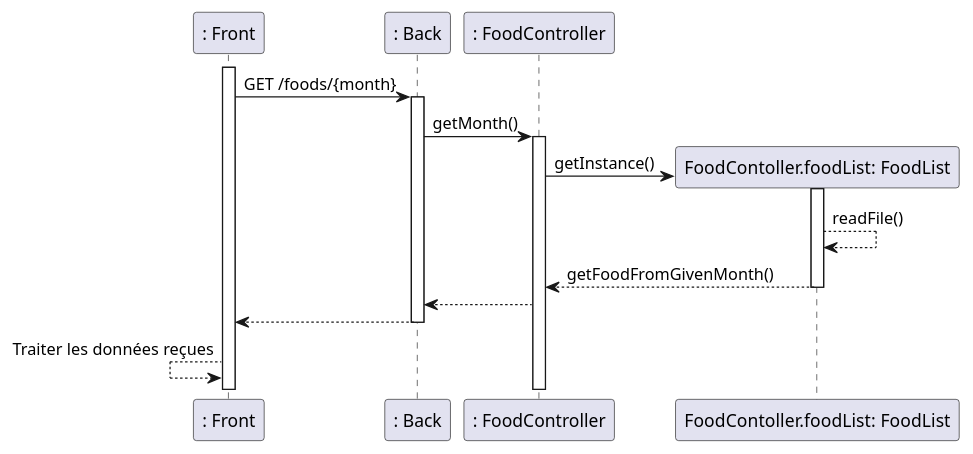
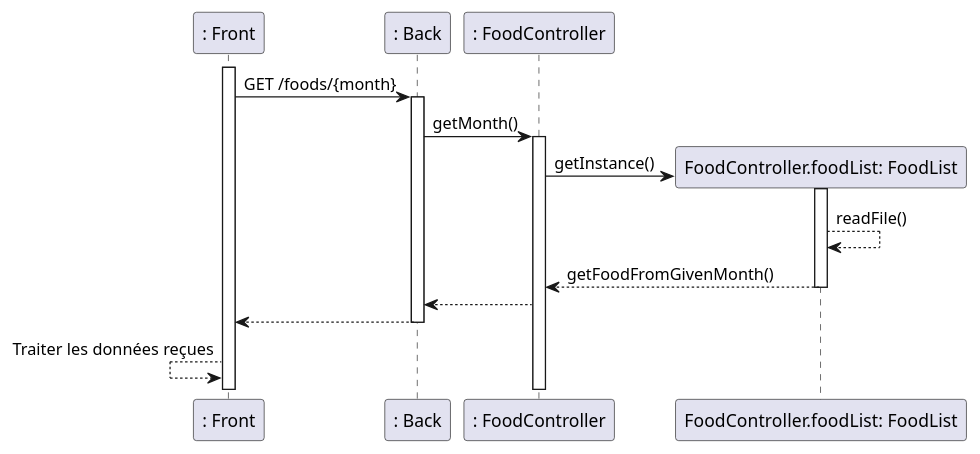
One commit to romainvacheret/wadge-backend changed the diagram in docs/diagram/sequence/monthFilter.puml. Above: the diagram before and after it, drawn with PlantUML. The commit also changed 2 other files, not shown here.

```diff
--- a/docs/diagram/sequence/monthFilter.puml
+++ b/docs/diagram/sequence/monthFilter.puml
@@ -1,22 +1,22 @@
 @startuml Month filter
 participant ": Front" as ft
 participant ": Back" as bk
 participant ": FoodController" as fc
 
 activate ft
 ft -> bk: GET /foods/{month}
 activate bk
 bk -> fc: getMonth()
 activate fc
-create "FoodContoller.foodList: FoodList" as fd1
+create "FoodController.foodList: FoodList" as fd1
 fc -> fd1: getInstance()
 activate fd1
 fd1 --> fd1: readFile()
 fd1 --> fc: getFoodFromGivenMonth()
 deactivate fd1
 fc --> bk
 bk --> ft
 deactivate bk
 ft <-- ft: Traiter les données reçues
 
 @enduml
```
